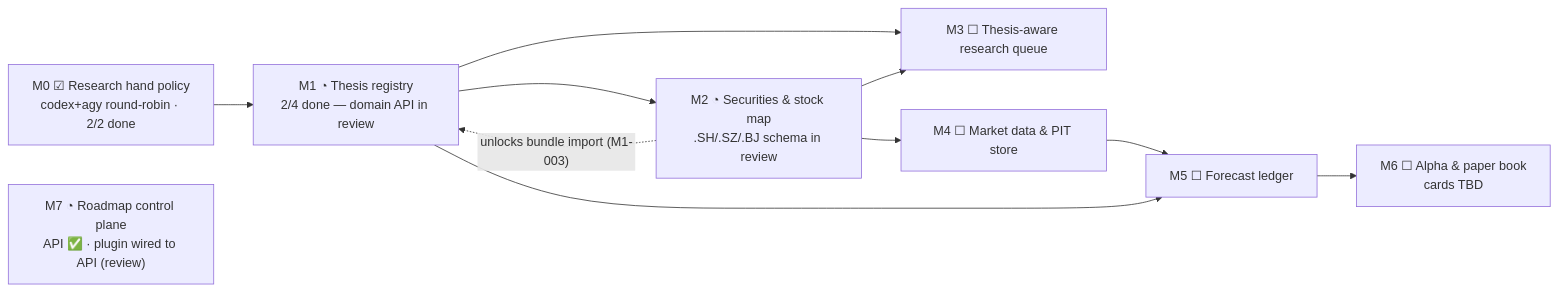
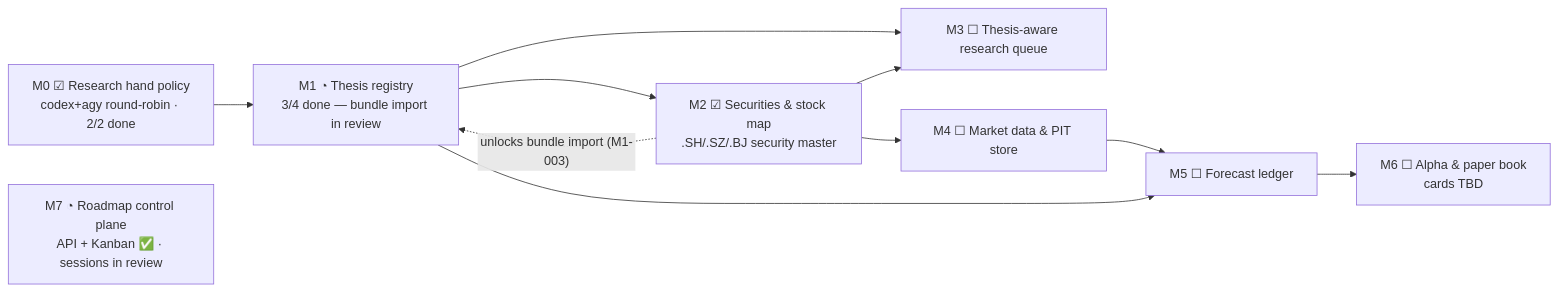
Before and after one commit to dmquant/institute-one: the diagram in roadmap/README.md, drawn with Mermaid. The commit also changed other lines of this file and 11 other files, not shown here.

````diff
--- a/roadmap/README.md
+++ b/roadmap/README.md
@@ -33,16 +33,16 @@
 ```mermaid
 flowchart LR
     M0["M0 ☑ Research hand policy<br/>codex+agy round-robin · 2/2 done"]
-    M1["M1 ◔ Thesis registry<br/>2/4 done — domain API in review"]
-    M2["M2 ◔ Securities & stock map<br/>.SH/.SZ/.BJ schema in review"]
+    M1["M1 ◔ Thesis registry<br/>3/4 done — bundle import in review"]
+    M2["M2 ☑ Securities & stock map<br/>.SH/.SZ/.BJ security master"]
     M3["M3 ☐ Thesis-aware research queue"]
     M4["M4 ☐ Market data & PIT store"]
     M5["M5 ☐ Forecast ledger"]
     M6["M6 ☐ Alpha & paper book<br/>cards TBD"]
-    M7["M7 ◔ Roadmap control plane<br/>API ✅ · plugin wired to API (review)"]
+    M7["M7 ◔ Roadmap control plane<br/>API + Kanban ✅ · sessions in review"]
     M0 --> M1 --> M2
     M2 -. "unlocks bundle import (M1-003)" .-> M1
     M1 & M2 --> M3
     M2 --> M4 --> M5 --> M6
     M1 --> M5
 ```
````
